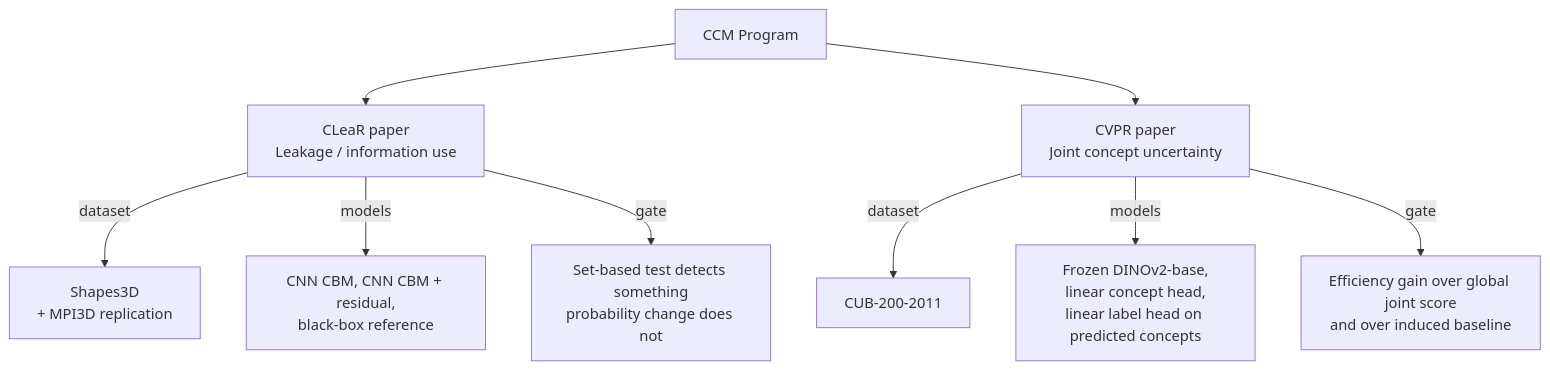
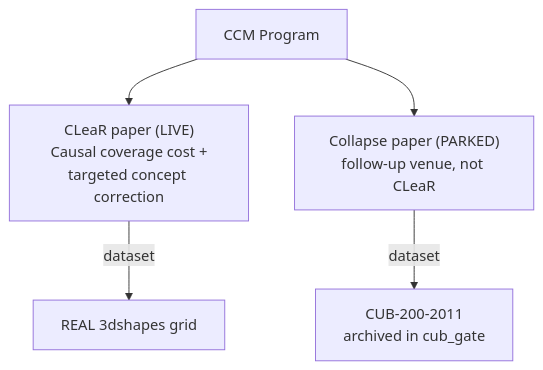
The diagram in vault/06 - Papers & Planning/Paper Split - CLeaR vs CVPR.md (Tankiit/Conformal_Models), drawn with Mermaid before and after one commit. The commit also changed other lines of this file and 7 other files, not shown here.

First line of the commit message:
feat: CLeaR 2027 paper draft (paper/main.tex) + single-paper re-orientation (CVPR retired)

````diff
--- a/vault/06 - Papers & Planning/Paper Split - CLeaR vs CVPR.md
+++ b/vault/06 - Papers & Planning/Paper Split - CLeaR vs CVPR.md
@@ -11,13 +12,7 @@
 ```mermaid
 flowchart TD
-    P[CCM Program] --> L["CLeaR paper<br/>Leakage / information use"]
-    P --> V["CVPR paper<br/>Joint concept uncertainty"]
-
-    L -->|dataset| S3D[Shapes3D<br/>+ MPI3D replication]
-    L -->|models| M1["CNN CBM, CNN CBM + residual,<br/>black-box reference"]
-    L -->|gate| G1["Set-based test detects something<br/>probability change does not"]
-
-    V -->|dataset| CUB[CUB-200-2011]
-    V -->|models| M2["Frozen DINOv2-base,<br/>linear concept head,<br/>linear label head on predicted concepts"]
-    V -->|gate| G2["Efficiency gain over global joint score<br/>and over induced baseline"]
+    P[CCM Program] --> L["CLeaR paper (LIVE)<br/>Causal coverage cost +<br/>targeted concept correction"]
+    P --> V["Collapse paper (PARKED)<br/>follow-up venue, not CLeaR"]
+    L -->|dataset| S3D[REAL 3dshapes grid]
+    V -->|dataset| CUB[CUB-200-2011<br/>archived in cub_gate]
 ```
````
